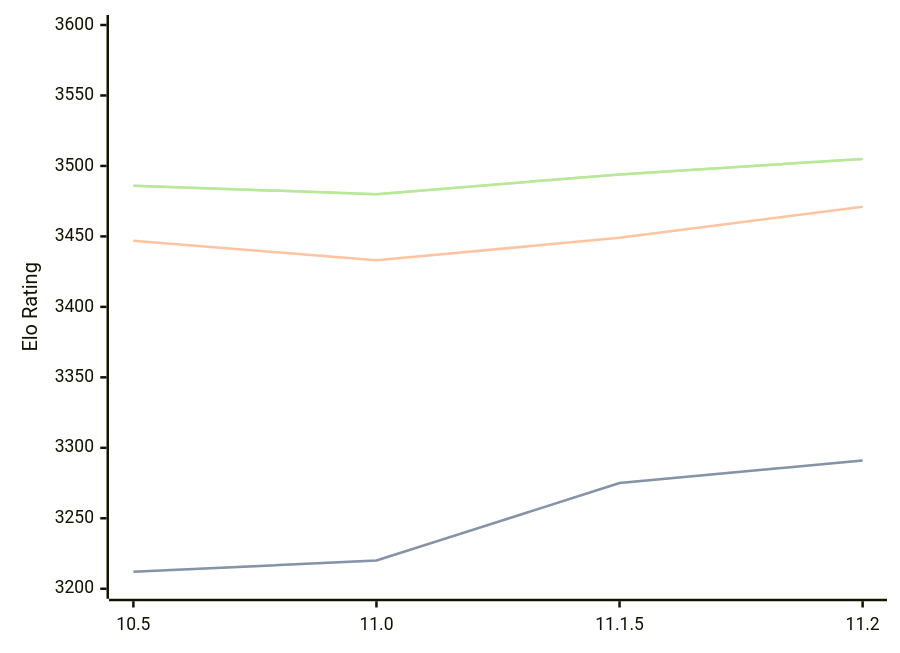
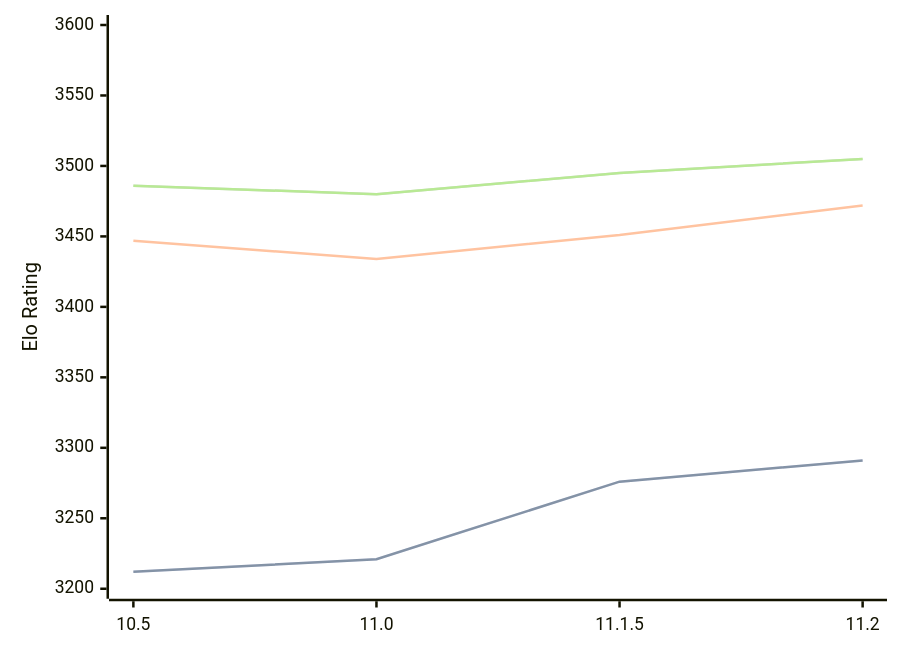
The first of 3 diagrams in engines/Lizard.md (computer-chess-index/cci), drawn with Mermaid before and after one commit. The commit also changed other lines of this file, not shown here.

Commit message:
Update CCI Ratings (ELO VLTC) - 2026-07-12

````diff
--- a/engines/Lizard.md
+++ b/engines/Lizard.md
@@ -46,11 +46,11 @@
 ```mermaid
 %%{init: {"theme":"base","themeVariables":{"seriesColors:['#a3a3a3','#222221','#faa371']}}}%%
 xychart-beta
   x-axis ["10.5", "11.0", "11.1.5", "11.2"]
   y-axis "Elo Rating" 3200 --> 3600
-  line "STC (8.0+0.08s)" [3212, 3220, 3275, 3291]
-  line "STC (8.0+0.08s)" [3212, 3220, 3275, 3291]
-  line "LTC (60.0+0.60s)" [3447, 3433, 3449, 3471]
-  line "VLTC (2m24s+1.12s)" [3486, 3480, 3494, 3505]
-  line "VLTC (2m24s+1.12s)" [3486, 3480, 3494, 3505]
+  line "STC (8.0+0.08s)" [3212, 3221, 3276, 3291]
+  line "STC (8.0+0.08s)" [3212, 3221, 3276, 3291]
+  line "LTC (60.0+0.60s)" [3447, 3434, 3451, 3472]
+  line "VLTC (2m24s+1.12s)" [3486, 3480, 3495, 3505]
+  line "VLTC (2m24s+1.12s)" [3486, 3480, 3495, 3505]
 ```
````
